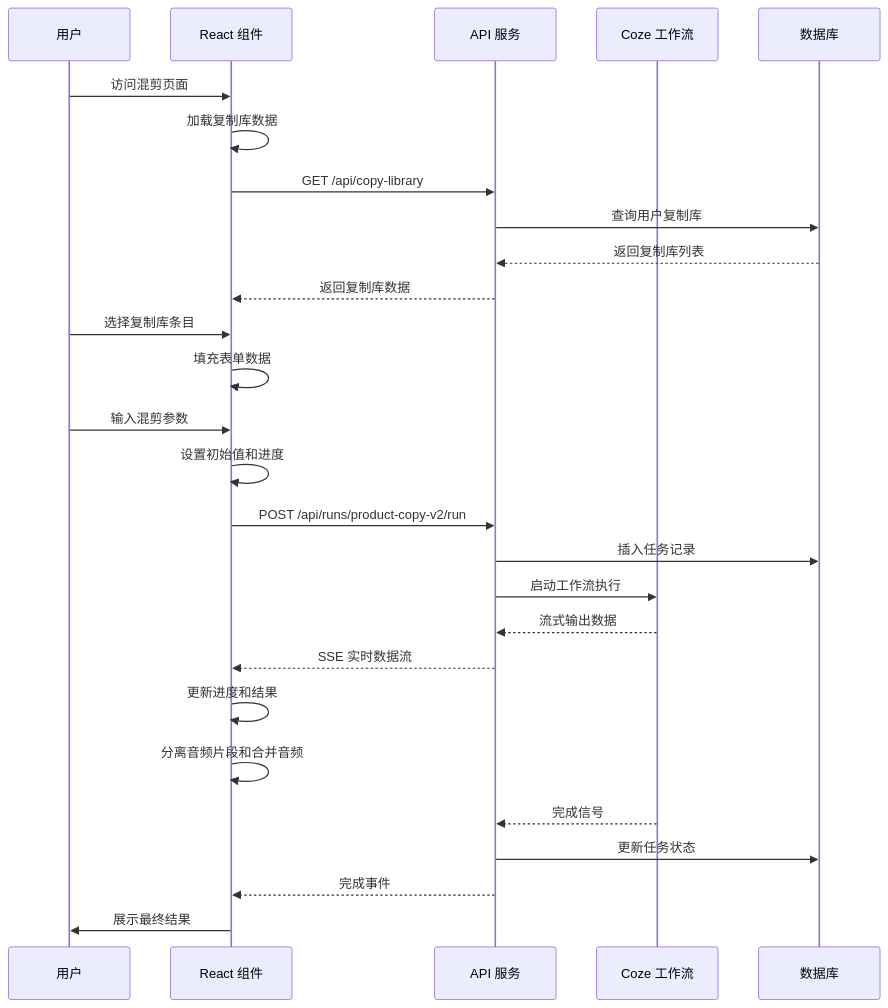
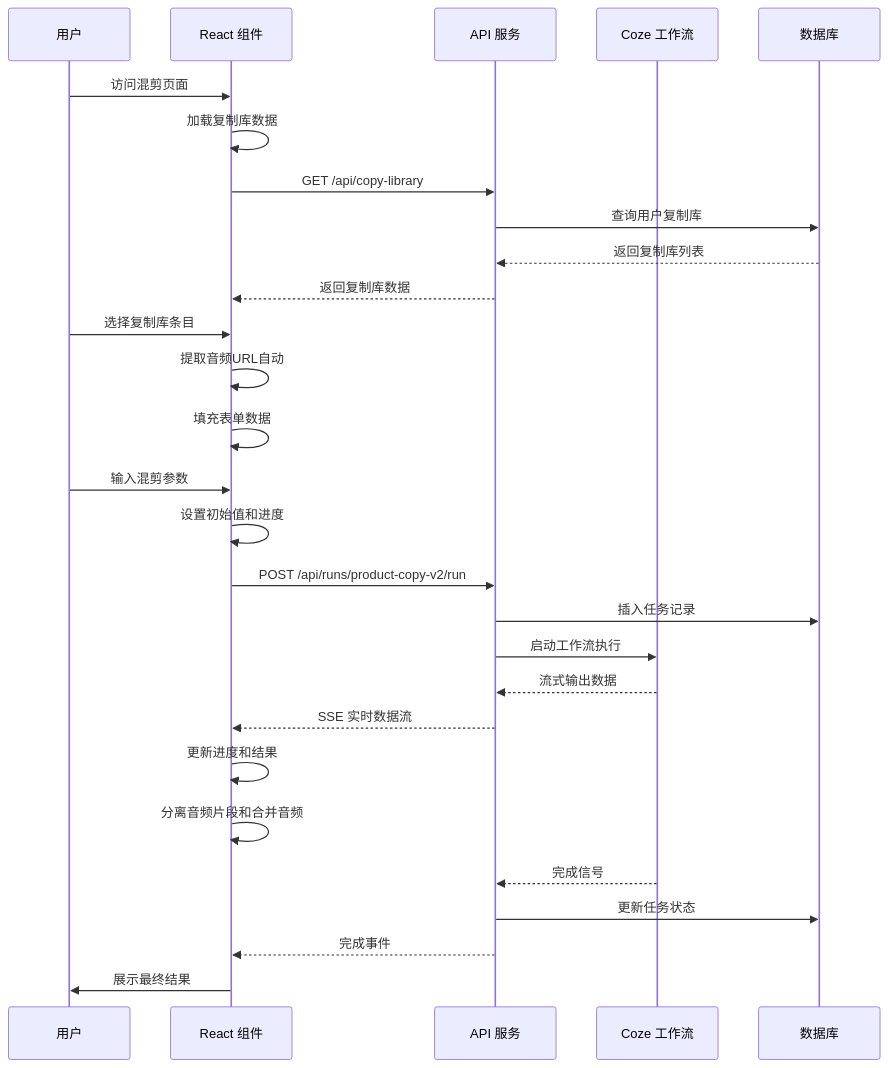
Before and after one commit to hanksd769-droid/sailshub: the third of 14 diagrams in .qoder/repowiki/zh/content/前端组件架构/页面组件/混剪功能页面.md, drawn with Mermaid. The commit also changed other lines of this file and 3 other files, not shown here.

````diff
--- a/.qoder/repowiki/zh/content/前端组件架构/页面组件/混剪功能页面.md
+++ b/.qoder/repowiki/zh/content/前端组件架构/页面组件/混剪功能页面.md
@@ -225,29 +231,30 @@
 ```mermaid
 sequenceDiagram
 participant User as 用户
 participant UI as React 组件
 participant API as API 服务
 participant Coze as Coze 工作流
 participant DB as 数据库
 User->>UI : 访问混剪页面
 UI->>UI : 加载复制库数据
 UI->>API : GET /api/copy-library
 API->>DB : 查询用户复制库
 DB-->>API : 返回复制库列表
 API-->>UI : 返回复制库数据
 User->>UI : 选择复制库条目
+UI->>UI : 提取音频URL自动
 UI->>UI : 填充表单数据
 User->>UI : 输入混剪参数
 UI->>UI : 设置初始值和进度
 UI->>API : POST /api/runs/product-copy-v2/run
 API->>DB : 插入任务记录
 API->>Coze : 启动工作流执行
 Coze-->>API : 流式输出数据
 API-->>UI : SSE 实时数据流
 UI->>UI : 更新进度和结果
 UI->>UI : 分离音频片段和合并音频
 Coze-->>API : 完成信号
 API->>DB : 更新任务状态
 API-->>UI : 完成事件
 UI->>User : 展示最终结果
 ```
````
